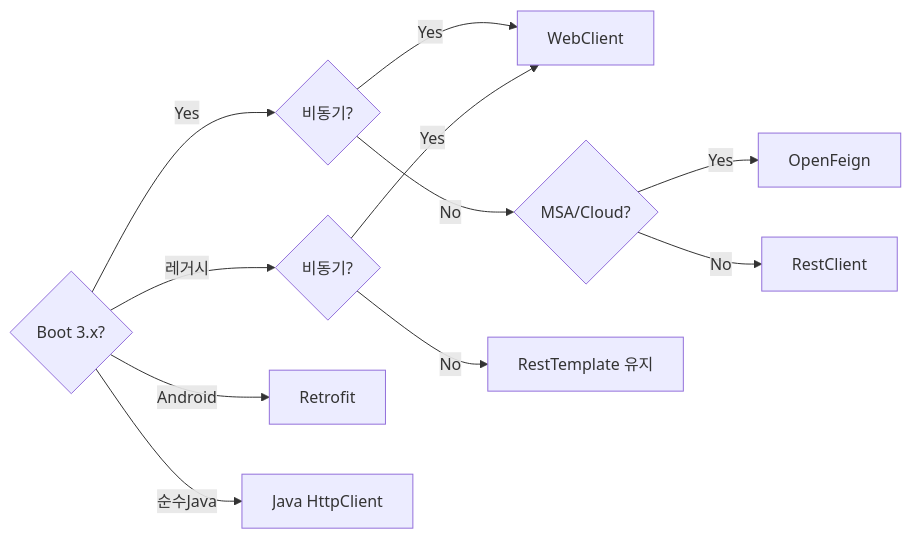
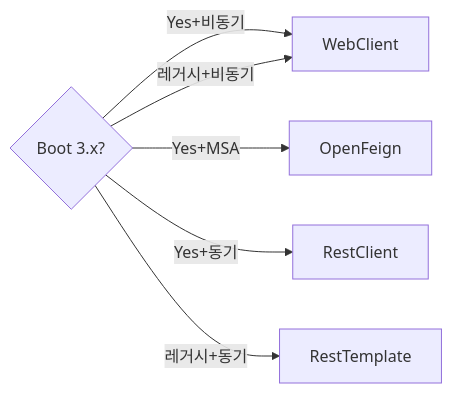
Before and after one commit to yjkim2015/yjkim2015.github.io: the fourth of 4 diagrams in _posts/spring/2026-05-01-rest-client-comparison.md, drawn with Mermaid. The commit also changed 163 other files, not shown here.

First line of the commit message:
Mermaid 300개 블록 내용 축소: 5노드 5엣지 이하, 의미 있는 약어

````diff
--- a/_posts/spring/2026-05-01-rest-client-comparison.md
+++ b/_posts/spring/2026-05-01-rest-client-comparison.md
@@ -750,13 +750,8 @@
 ```mermaid
 graph LR
-    A{"Boot 3.x?"} -->|Yes| B{"비동기?"}
-    B -->|Yes| C["WebClient"]
-    B -->|No| D{"MSA/Cloud?"}
-    D -->|Yes| E["OpenFeign"]
-    D -->|No| F["RestClient"]
-    A -->|"레거시"| G{"비동기?"}
-    G -->|Yes| C
-    G -->|No| H["RestTemplate 유지"]
-    A -->|"Android"| I["Retrofit"]
-    A -->|"순수Java"| J["Java HttpClient"]
+    A{"Boot 3.x?"} -->|Yes+비동기| C["WebClient"]
+    A -->|Yes+MSA| E["OpenFeign"]
+    A -->|Yes+동기| F["RestClient"]
+    A -->|레거시+동기| H["RestTemplate"]
+    A -->|레거시+비동기| C
 ```
````
